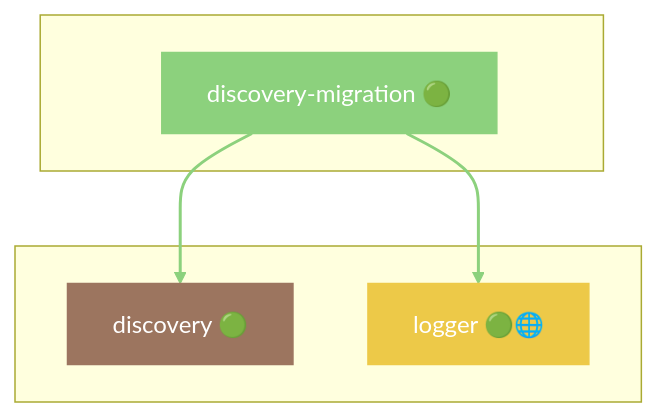
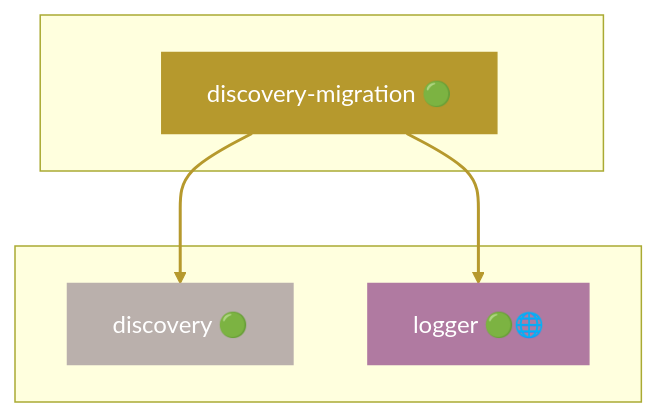
Diagram 14 of 42 in docs/DEPENDENCIES.md (grest-ts/grest-ts), drawn with Mermaid before and after one commit. The commit also changed other lines of this file and 11 other files, not shown here.

````diff
--- a/docs/DEPENDENCIES.md
+++ b/docs/DEPENDENCIES.md
@@ -753,17 +807,17 @@
 ```mermaid
 flowchart TB
     subgraph Package[" "]
         discovery-migration["discovery-migration 🟢"]
     end
     subgraph Dependencies[" "]
         discovery["discovery 🟢"]
         logger["logger 🟢🌐"]
     end
     discovery-migration --> discovery
     discovery-migration --> logger
-    style discovery-migration fill:#8CD17D,stroke:#8CD17D,color:#fff
-    style discovery fill:#9C755F,stroke:#9C755F,color:#fff
-    style logger fill:#EDC948,stroke:#EDC948,color:#fff
-    linkStyle 0 stroke:#8CD17D,stroke-width:2px
-    linkStyle 1 stroke:#8CD17D,stroke-width:2px
+    style discovery-migration fill:#B6992D,stroke:#B6992D,color:#fff
+    style discovery fill:#BAB0AC,stroke:#BAB0AC,color:#fff
+    style logger fill:#B07AA1,stroke:#B07AA1,color:#fff
+    linkStyle 0 stroke:#B6992D,stroke-width:2px
+    linkStyle 1 stroke:#B6992D,stroke-width:2px
 ```
````
